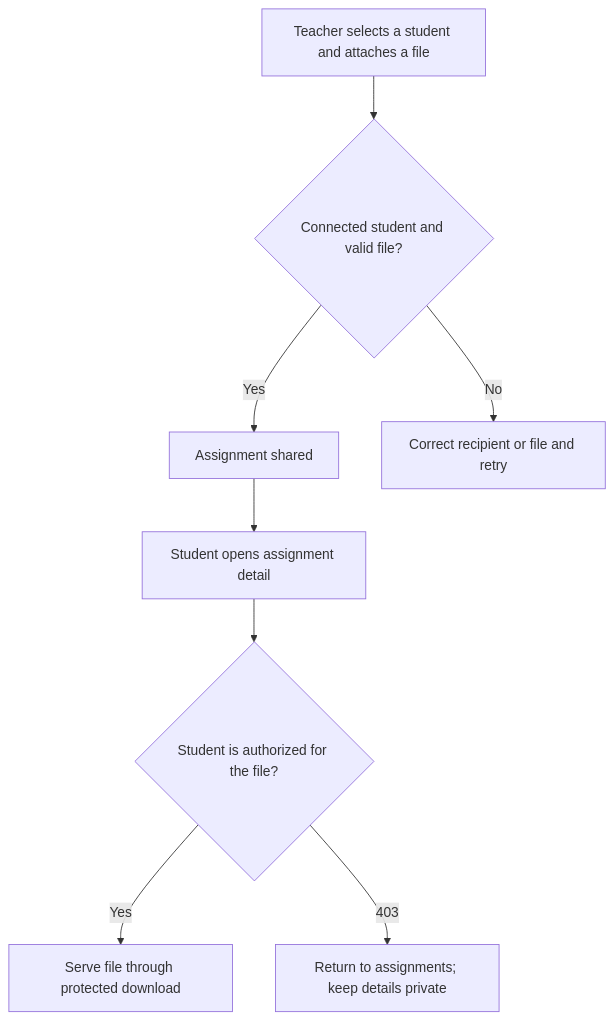
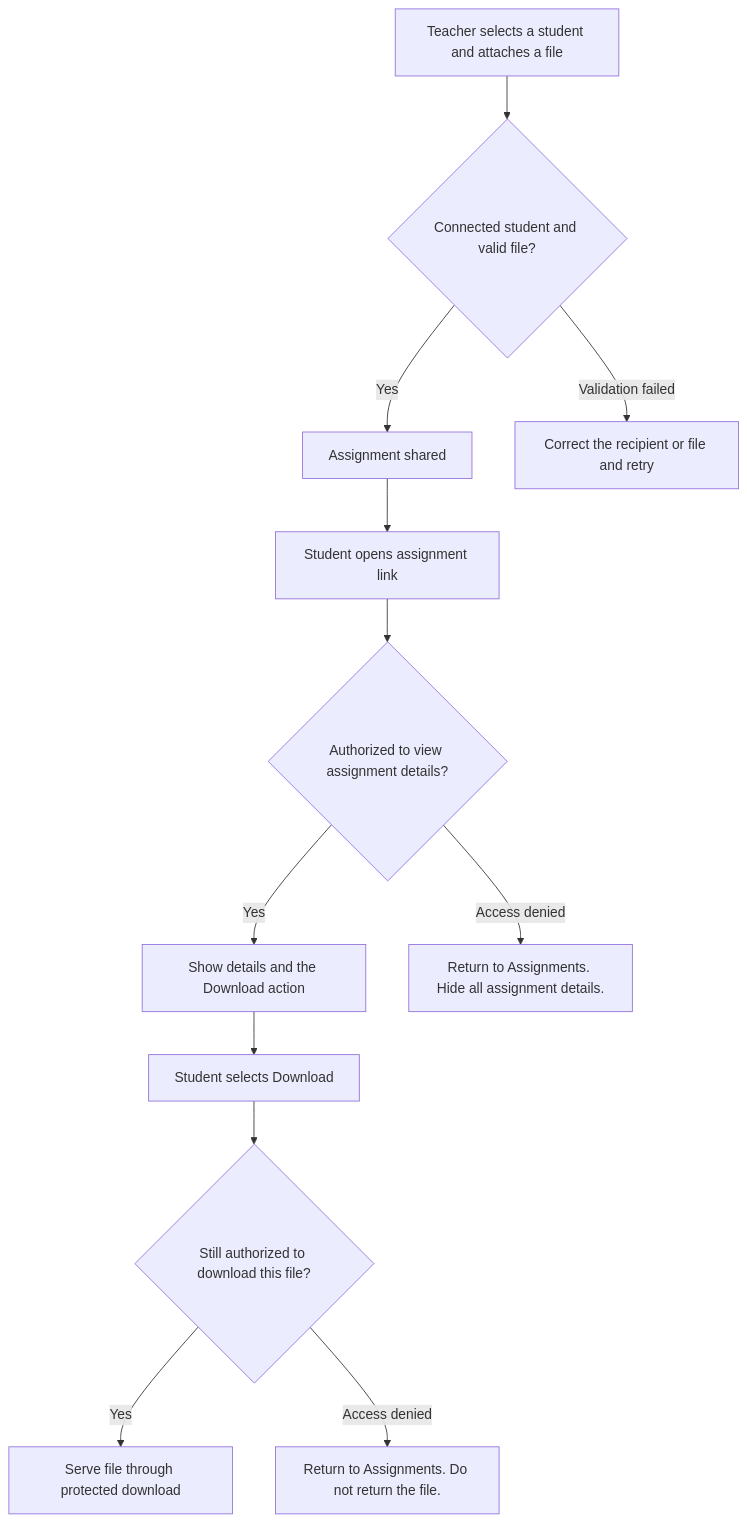
One commit to Sprint-1-Software-engineering/Sprint-1 changed the diagram in docs/sprint-2/ui-ux/homework-flow.mmd. Above: the diagram before and after it, drawn with Mermaid. The commit also changed 12 other files, not shown here.

Commit message:
Add Figma exports and correct Sprint 2 decision flows (#66)

```diff
--- a/docs/sprint-2/ui-ux/homework-flow.mmd
+++ b/docs/sprint-2/ui-ux/homework-flow.mmd
@@ -1,16 +1,24 @@
 flowchart TD
-  M0["Teacher selects a student and attaches a file"]
-  M1{"Connected student and valid file?"}
-  M2["Assignment shared"]
-  M3["Student opens assignment detail"]
-  M4{"Student is authorized for the file?"}
-  M5["Serve file through protected download"]
-  B0["Correct recipient or file and retry"]
-  B1["Return to assignments; keep details private"]
-  M0 --> M1
-  M1 -->|"Yes"| M2
-  M2 --> M3
-  M3 --> M4
-  M4 -->|"Yes"| M5
-  M1 -->|"No"| B0
-  M4 -->|"403"| B1
+  upload["Teacher selects a student and attaches a file"]
+  validate{"Connected student and valid file?"}
+  shared["Assignment shared"]
+  detailRequest["Student opens assignment link"]
+  metadata{"Authorized to view assignment details?"}
+  detail["Show details and the Download action"]
+  download["Student selects Download"]
+  file{"Still authorized to download this file?"}
+  served["Serve file through protected download"]
+  fix["Correct the recipient or file and retry"]
+  detailsDenied["Return to Assignments. Hide all assignment details."]
+  fileDenied["Return to Assignments. Do not return the file."]
+  upload --> validate
+  validate -->|"Yes"| shared
+  shared --> detailRequest
+  detailRequest --> metadata
+  metadata -->|"Yes"| detail
+  detail --> download
+  download --> file
+  file -->|"Yes"| served
+  validate -->|"Validation failed"| fix
+  metadata -->|"Access denied"| detailsDenied
+  file -->|"Access denied"| fileDenied
```
